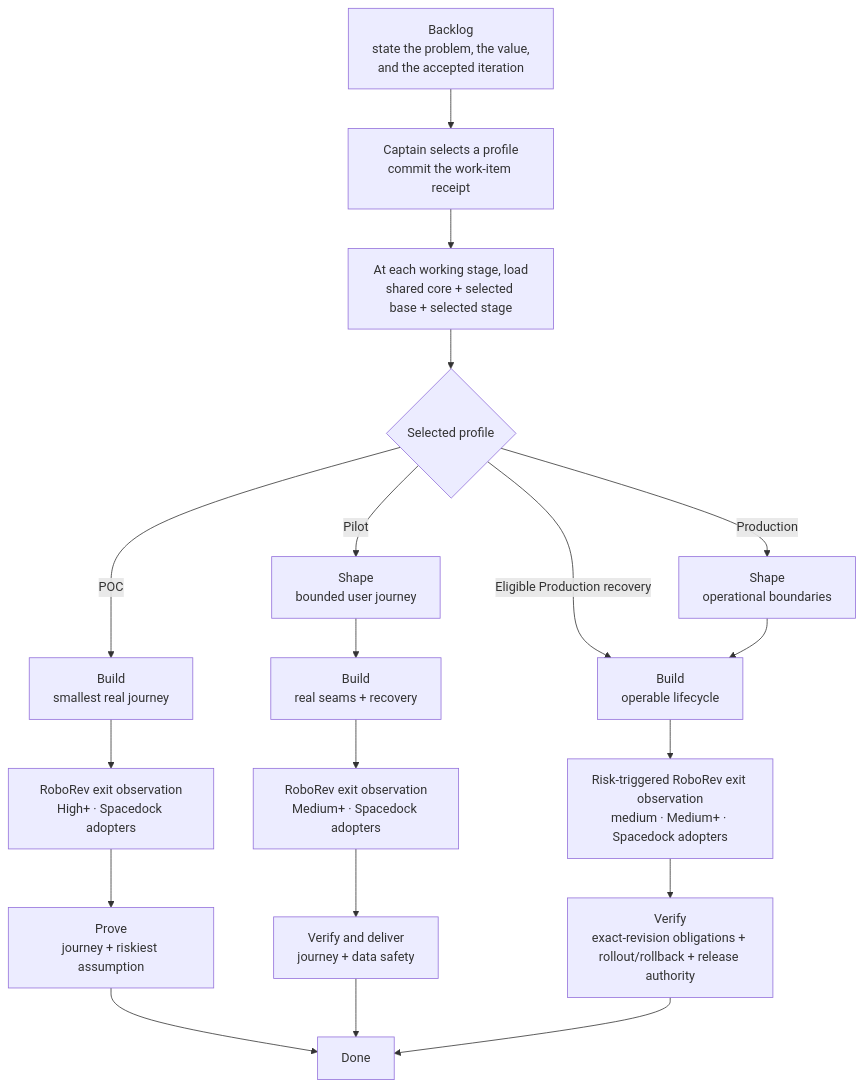
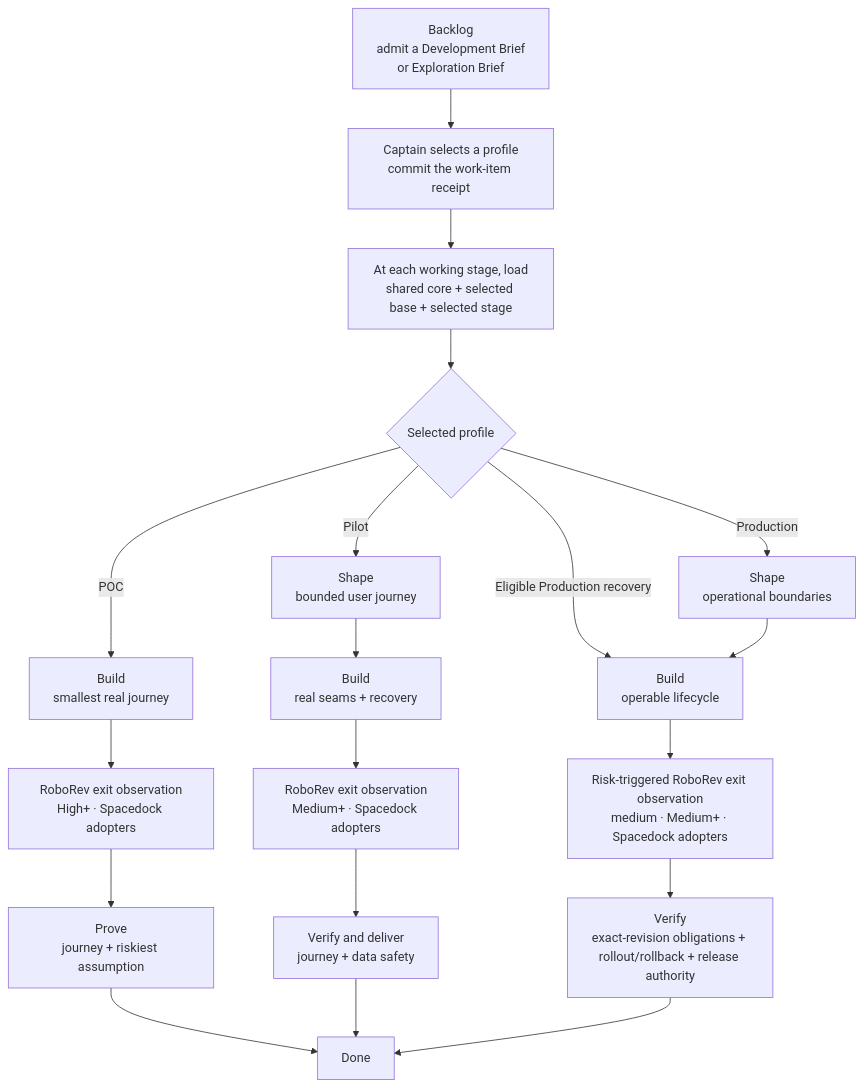
Before and after one commit to iamcxa/kc-claude-plugins: the diagram in kc-dev-flow/README.md, drawn with Mermaid. The commit also changed other lines of this file and 18 other files, not shown here.

Commit message:
refactor(kc-dev-flow): separate planning from development inputs

````diff
--- a/kc-dev-flow/README.md
+++ b/kc-dev-flow/README.md
@@ -20,24 +20,24 @@
 ```mermaid
 flowchart TB
-    A["Backlog<br/>state the problem, the value,<br/>and the accepted iteration"] --> B["Captain selects a profile<br/>commit the work-item receipt"]
+    A["Backlog<br/>admit a Development Brief<br/>or Exploration Brief"] --> B["Captain selects a profile<br/>commit the work-item receipt"]
     B --> L["At each working stage, load<br/>shared core + selected base + selected stage"]
     L --> C{Selected profile}
 
     C -->|POC| P1["Build<br/>smallest real journey"]
     P1 --> P2["RoboRev exit observation<br/>High+ · Spacedock adopters"]
     P2 --> P3["Prove<br/>journey + riskiest assumption"]
     P3 --> D[Done]
 
     C -->|Pilot| T1["Shape<br/>bounded user journey"]
     T1 --> T2["Build<br/>real seams + recovery"]
     T2 --> T3["RoboRev exit observation<br/>Medium+ · Spacedock adopters"]
     T3 --> T4["Verify and deliver<br/>journey + data safety"]
     T4 --> D
 
     C -->|Production| R1["Shape<br/>operational boundaries"]
     C -->|Eligible Production recovery| R2
     R1 --> R2["Build<br/>operable lifecycle"]
     R2 --> R3["Risk-triggered RoboRev exit observation<br/>medium · Medium+ · Spacedock adopters"]
     R3 --> R4["Verify<br/>exact-revision obligations + rollout/rollback + release authority"]
     R4 --> D
 ```
````
